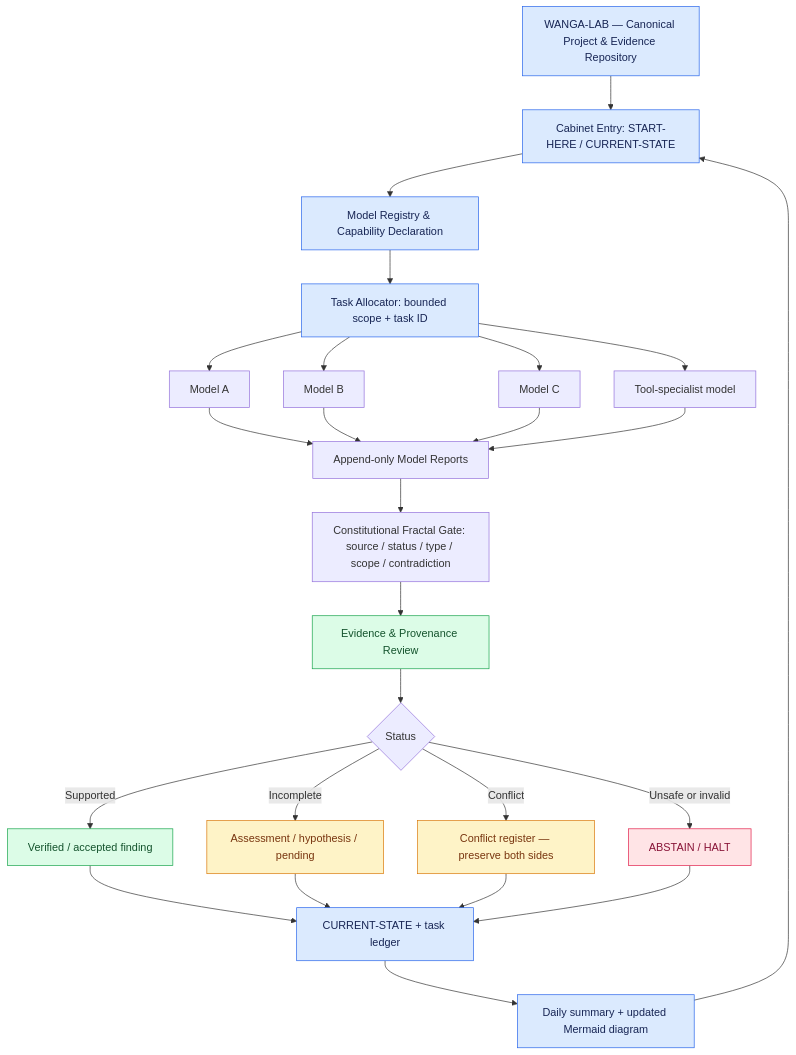
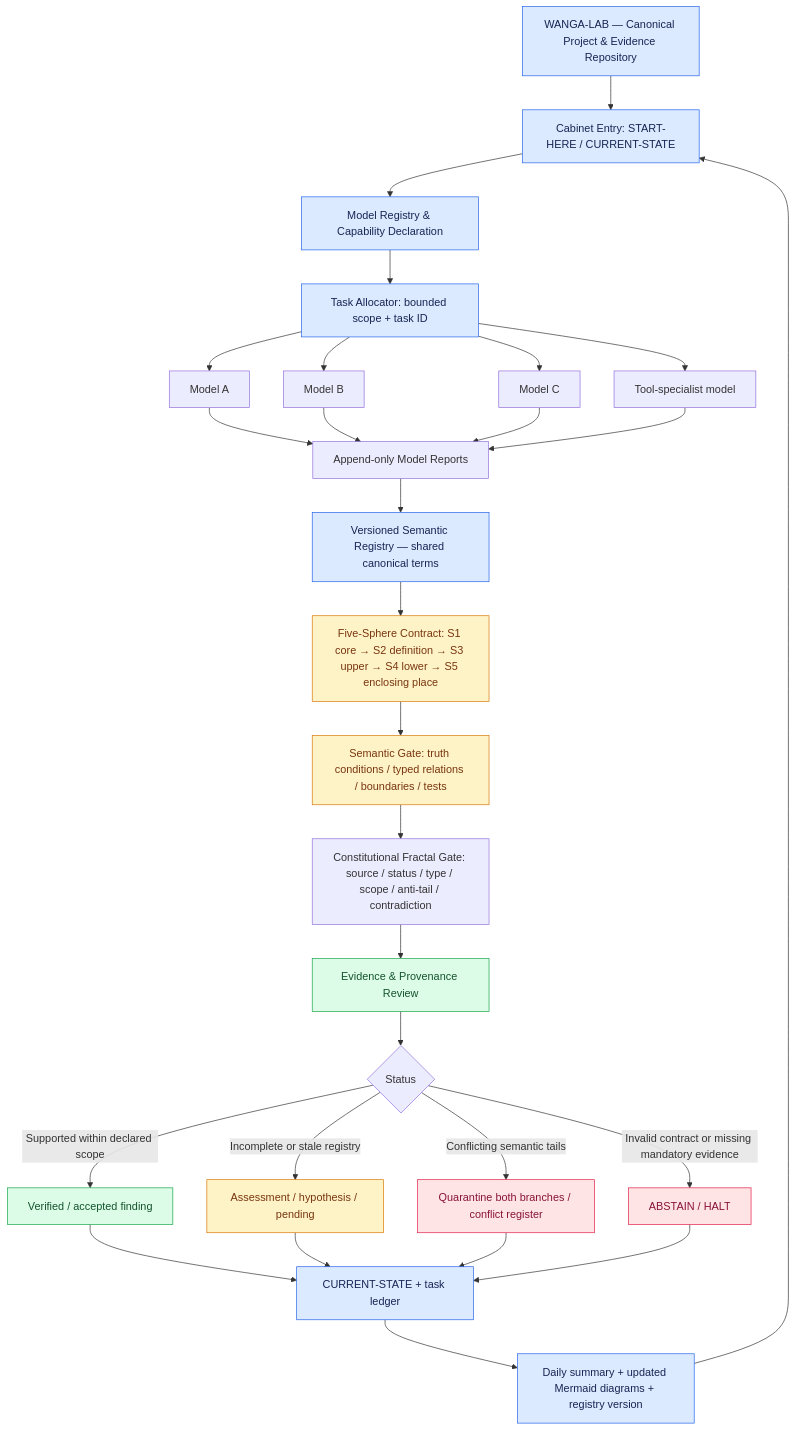
The diagram in diagrams/plugin-cabinet-coordination.mmd (Quadruple-Multilevel-projection-project/WANGA-LAB), drawn with Mermaid before and after one commit.

Commit message:
Add shared semantic registry and anti-tail gate to cabinet flow

```diff
--- a/diagrams/plugin-cabinet-coordination.mmd
+++ b/diagrams/plugin-cabinet-coordination.mmd
@@ -1,34 +1,37 @@
 flowchart TD
   A["WANGA-LAB — Canonical Project & Evidence Repository"] --> B["Cabinet Entry: START-HERE / CURRENT-STATE"]
   B --> C["Model Registry & Capability Declaration"]
   C --> D["Task Allocator: bounded scope + task ID"]
   D --> M1["Model A"]
   D --> M2["Model B"]
   D --> M3["Model C"]
   D --> MT["Tool-specialist model"]
   M1 --> R["Append-only Model Reports"]
   M2 --> R
   M3 --> R
   MT --> R
-  R --> CF["Constitutional Fractal Gate: source / status / type / scope / contradiction"]
+  R --> LEX["Versioned Semantic Registry — shared canonical terms"]
+  LEX --> SP["Five-Sphere Contract: S1 core → S2 definition → S3 upper → S4 lower → S5 enclosing place"]
+  SP --> SG["Semantic Gate: truth conditions / typed relations / boundaries / tests"]
+  SG --> CF["Constitutional Fractal Gate: source / status / type / scope / anti-tail / contradiction"]
   CF --> V["Evidence & Provenance Review"]
   V --> Q{"Status"}
-  Q -->|Supported| OK["Verified / accepted finding"]
-  Q -->|Incomplete| U["Assessment / hypothesis / pending"]
-  Q -->|Conflict| X["Conflict register — preserve both sides"]
-  Q -->|Unsafe or invalid| H["ABSTAIN / HALT"]
+  Q -->|Supported within declared scope| OK["Verified / accepted finding"]
+  Q -->|Incomplete or stale registry| U["Assessment / hypothesis / pending"]
+  Q -->|Conflicting semantic tails| X["Quarantine both branches / conflict register"]
+  Q -->|Invalid contract or missing mandatory evidence| H["ABSTAIN / HALT"]
   OK --> S["CURRENT-STATE + task ledger"]
   U --> S
   X --> S
   H --> S
-  S --> DLY["Daily summary + updated Mermaid diagram"]
+  S --> DLY["Daily summary + updated Mermaid diagrams + registry version"]
   DLY --> B
 
   classDef core fill:#dbeafe,stroke:#2563eb,color:#172554
   classDef review fill:#dcfce7,stroke:#16a34a,color:#14532d
   classDef pending fill:#fef3c7,stroke:#d97706,color:#78350f
   classDef stop fill:#ffe4e6,stroke:#e11d48,color:#881337
-  class A,B,C,D,S,DLY core
+  class A,B,C,D,S,DLY,LEX core
   class V,OK review
-  class U,X pending
-  class H stop
+  class U,SP,SG pending
+  class X,H stop
```
